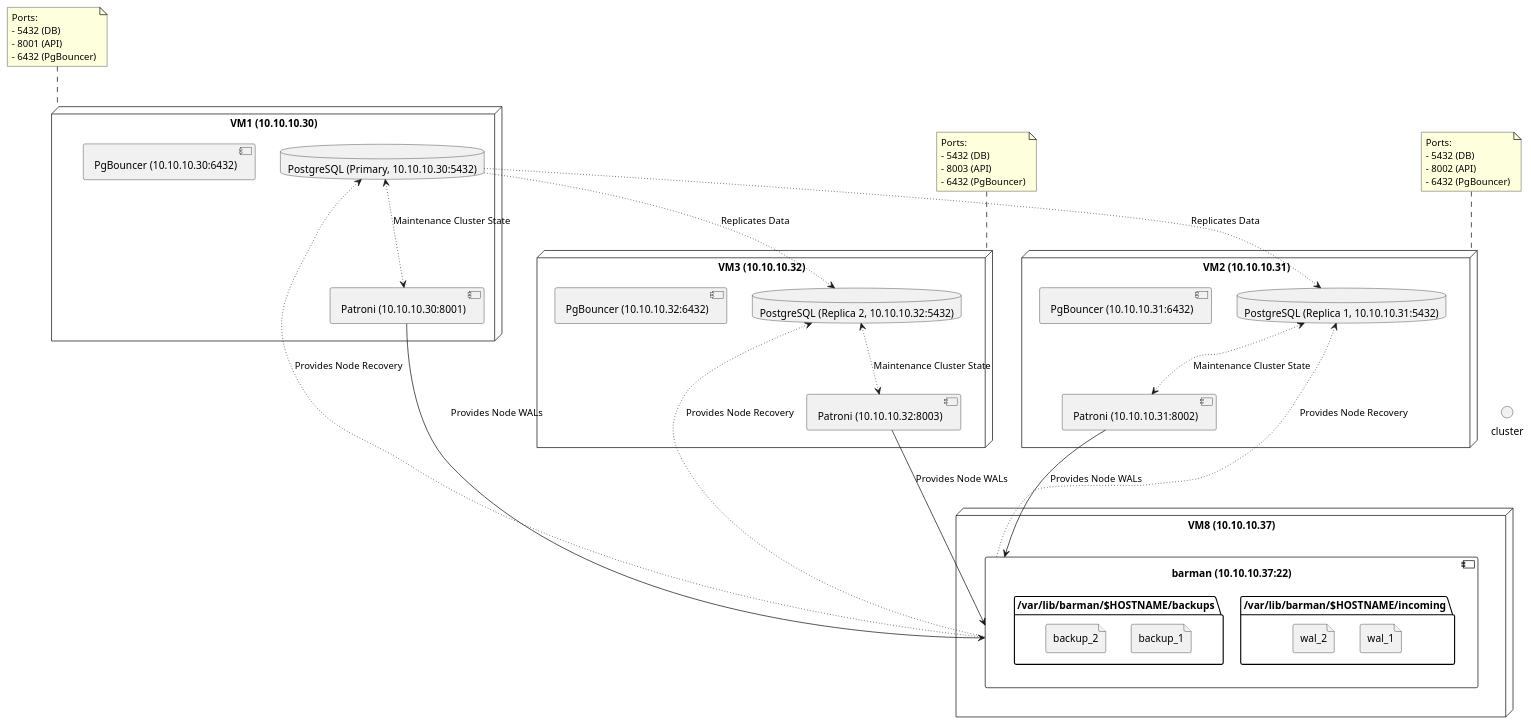
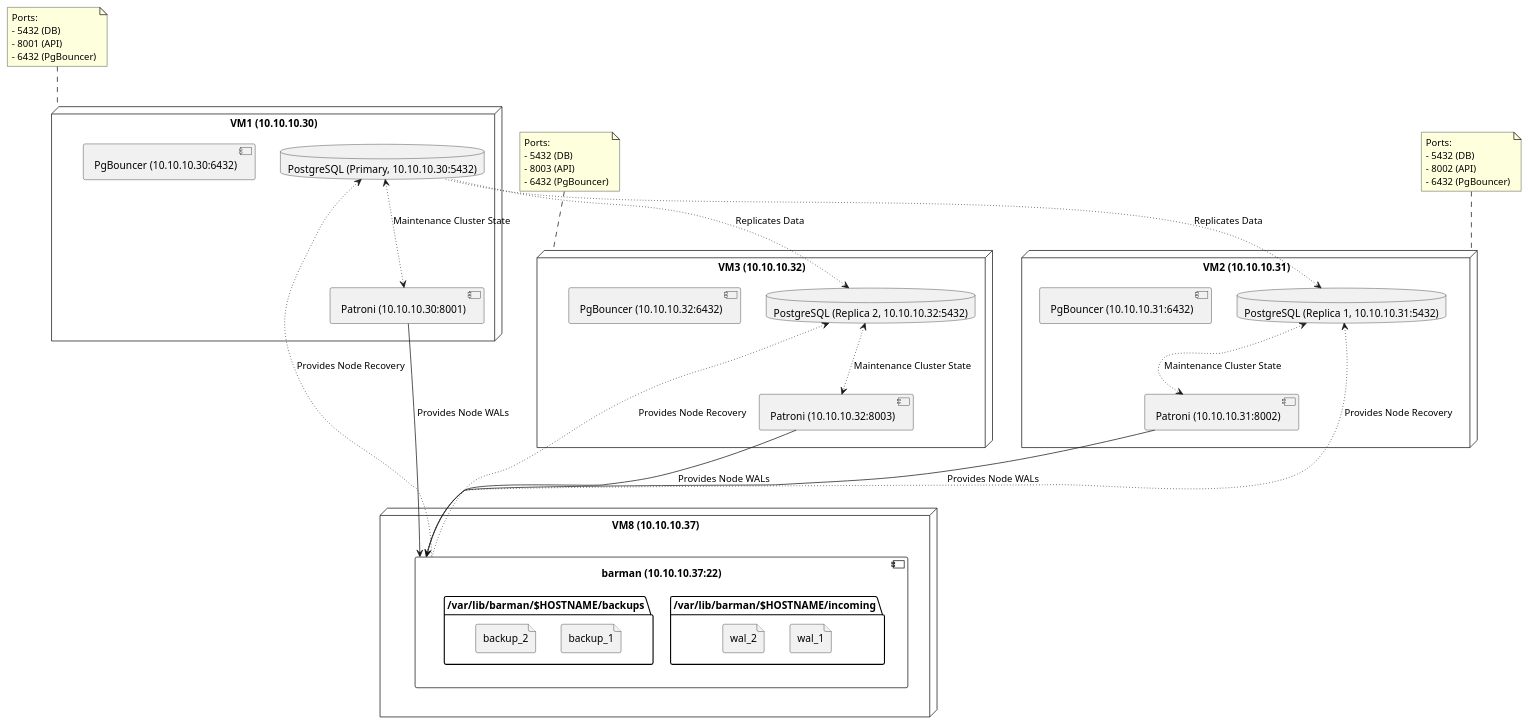
The diagram in docs/wals-backup.plantuml (ThomasGrant-93/pg-ha-cluster), drawn with PlantUML before and after one commit. The commit also changed 2 other files, not shown here.

Commit message:
docs: update README and PlantUML diagrams with Barman and new ports
- docs(README):
  - Add `barman` service to Docker Compose description
  - Structure `.env` variables into sections (`PGbouncer`, `Patroni`, `Etcd`)
  - Add `PATRONI_LOG_LEVEL` to `.env` example

- docs(cluster-coordination.plantuml):
  - Update VM3 API port from `8002` to `8003` for consistency

- docs(wals-backup.plantuml):
  - Correct WAL backup relationships
  - Link `VM1`, `VM2`, and `VM3` to `VM8`

```diff
--- a/docs/wals-backup.plantuml
+++ b/docs/wals-backup.plantuml
@@ -1,86 +1,86 @@
 @startuml
 top to bottom direction
 
 skinparam rectangle {
     linetype ortho
     ArrowThickness 2
     defaultTextAlignment center
     BackgroundColor #F9F9F9
     BorderColor Black
     RoundCorner 10
 }
 
 node "VM1 (10.10.10.30)" as VM1 {
     database "PostgreSQL (Primary, 10.10.10.30:5432)" as PostgreSQLPrimary
     component "Patroni (10.10.10.30:8001)" as PatroniPrimary
     component "PgBouncer (10.10.10.30:6432)" as PgBouncerPrimary
 }
 note top of VM1
   Ports:
   - 5432 (DB)
   - 8001 (API)
   - 6432 (PgBouncer)
 end note
 
 together {
     node "VM2 (10.10.10.31)" as VM2 {
         database "PostgreSQL (Replica 1, 10.10.10.31:5432)" as PostgreSQLReplica1
         component "Patroni (10.10.10.31:8002)" as PatroniReplica1
         component "PgBouncer (10.10.10.31:6432)" as PgBouncerReplica1
     }
 
     node "VM3 (10.10.10.32)" as VM3 {
         database "PostgreSQL (Replica 2, 10.10.10.32:5432)" as PostgreSQLReplica2
         component "Patroni (10.10.10.32:8003)" as PatroniReplica2
         component "PgBouncer (10.10.10.32:6432)" as PgBouncerReplica2
     }
 }
 note top of VM2
   Ports:
   - 5432 (DB)
   - 8002 (API)
   - 6432 (PgBouncer)
 end note
 
 note top of VM3
   Ports:
   - 5432 (DB)
   - 8003 (API)
   - 6432 (PgBouncer)
 end note
 
 together {
     node "VM8 (10.10.10.37)" as VM8 {
         component "barman (10.10.10.37:22)" as barman {
             folder "/var/lib/barman/$HOSTNAME/incoming" {
                 file wal_1
                 file wal_2
             }
             folder "/var/lib/barman/$HOSTNAME/backups" {
                 file backup_1
                 file backup_2
             }
         }
     }
 }
 
 PostgreSQLPrimary ~~> PostgreSQLReplica1 : Replicates Data
 PostgreSQLPrimary ~~> PostgreSQLReplica2 : Replicates Data
 
 PostgreSQLPrimary <~~> PatroniPrimary : Maintenance Cluster State
 PostgreSQLReplica1 <~~> PatroniReplica1 : Maintenance Cluster State
 PostgreSQLReplica2 <~~> PatroniReplica2 : Maintenance Cluster State
 
 PatroniPrimary -down-> barman : Provides Node WALs
 PatroniReplica1 -down-> barman : Provides Node WALs
 PatroniReplica2 -down-> barman : Provides Node WALs
 
 barman ~up~> PostgreSQLPrimary : Provides Node Recovery
 barman ~up~> PostgreSQLReplica1 : Provides Node Recovery
 barman ~up~> PostgreSQLReplica2 : Provides Node Recovery
 
-cluster -[hidden]- VM8
-cluster -[hidden]- VM8
-cluster -[hidden]- VM8
+VM1 -[hidden]- VM8
+VM2 -[hidden]- VM8
+VM3 -[hidden]- VM8
 
 @enduml
```
